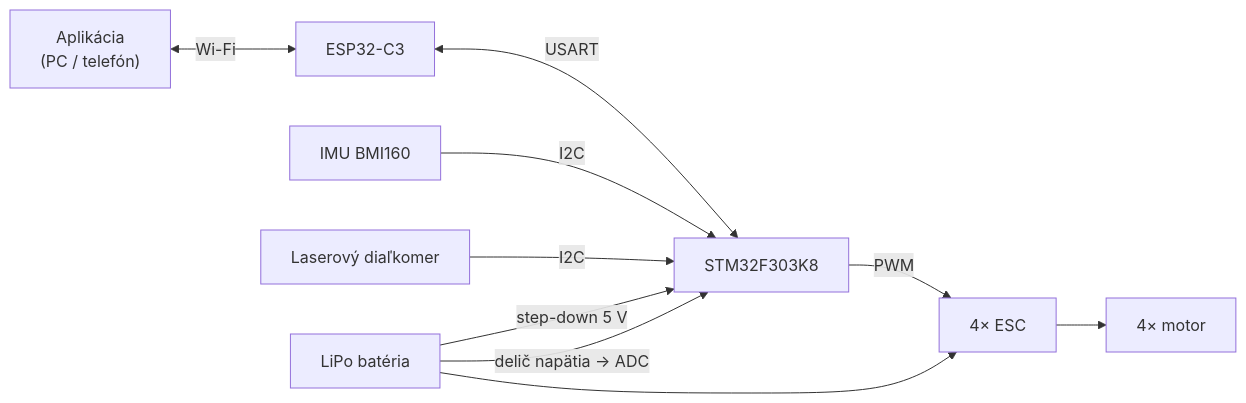
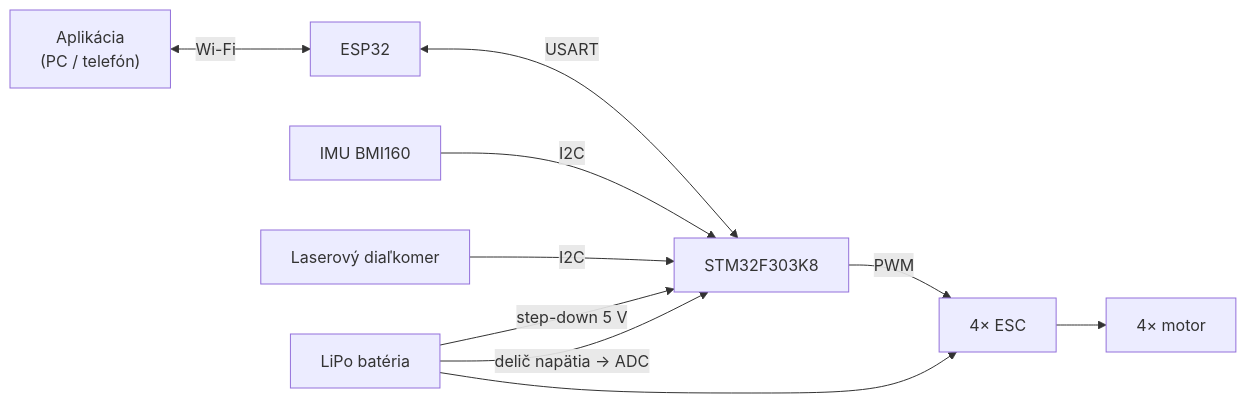
The first of 2 diagrams in README.md (Fleppe/VRS-drone), drawn with Mermaid before and after one commit. The commit also changed other lines of this file and 18 other files, not shown here.

````diff
--- a/README.md
+++ b/README.md
@@ -27,12 +27,12 @@
 ```mermaid
 flowchart LR
-    APP["Aplikácia<br/>(PC / telefón)"] <-->|Wi-Fi| RADIO["ESP32-C3"]
+    APP["Aplikácia<br/>(PC / telefón)"] <-->|Wi-Fi| RADIO["ESP32"]
     RADIO <-->|USART| STM["STM32F303K8"]
     IMU["IMU BMI160"] -->|I2C| STM
     LAS["Laserový diaľkomer"] -->|I2C| STM
     STM -->|PWM| ESC["4× ESC"]
     ESC --> MOT["4× motor"]
     BAT["LiPo batéria"] --> ESC
     BAT["LiPo batéria"] -->|step-down 5 V| STM
     BAT -->|delič napätia → ADC| STM
 ```
````
